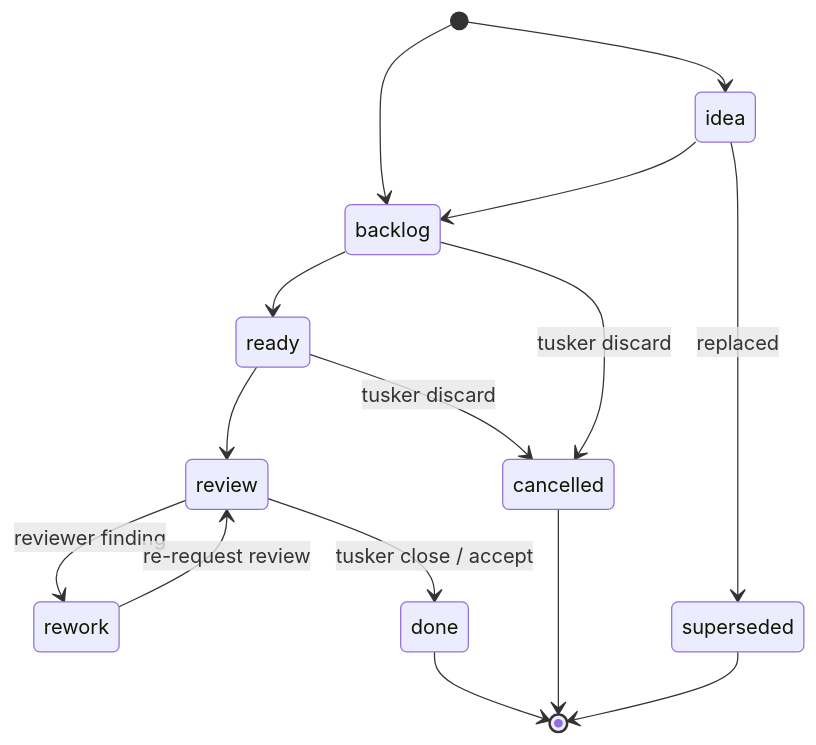
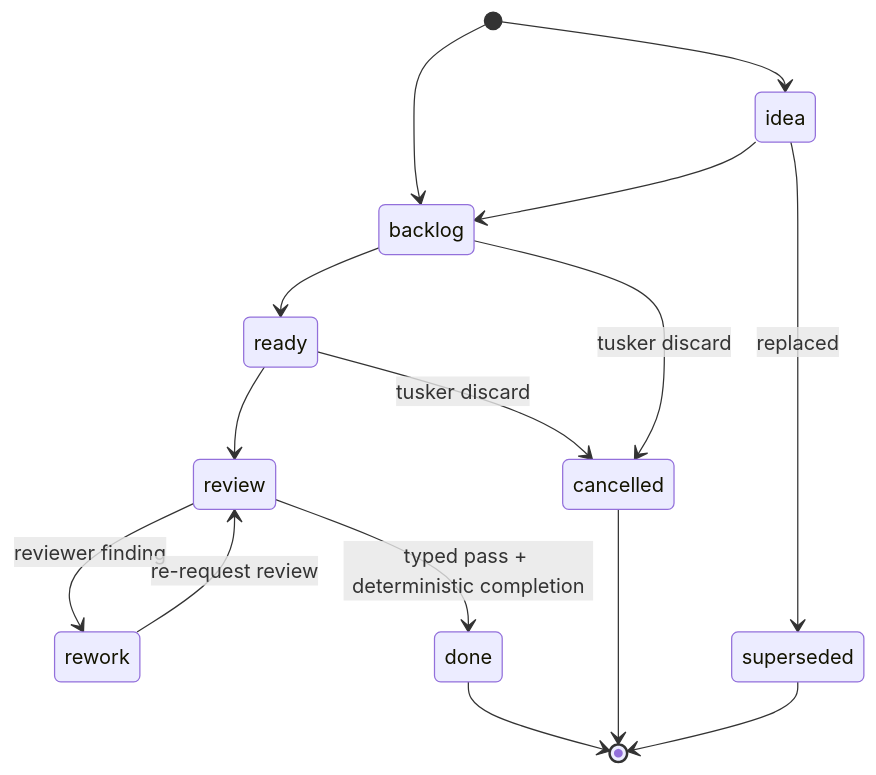
The diagram in docs/system/tasks-and-proof.md (srv1n/tusker), drawn with Mermaid before and after one commit. The commit also changed other lines of this file and 18 other files, not shown here.

````diff
--- a/docs/system/tasks-and-proof.md
+++ b/docs/system/tasks-and-proof.md
@@ -77,17 +77,17 @@
 ```mermaid
 stateDiagram-v2
     [*] --> idea
     [*] --> backlog
     idea --> backlog
     backlog --> ready
     ready --> review
     review --> rework : reviewer finding
     rework --> review : re-request review
-    review --> done : tusker close / accept
+    review --> done : typed pass + deterministic completion
     ready --> cancelled : tusker discard
     backlog --> cancelled : tusker discard
     idea --> superseded : replaced
     done --> [*]
     cancelled --> [*]
     superseded --> [*]
 ```
````
